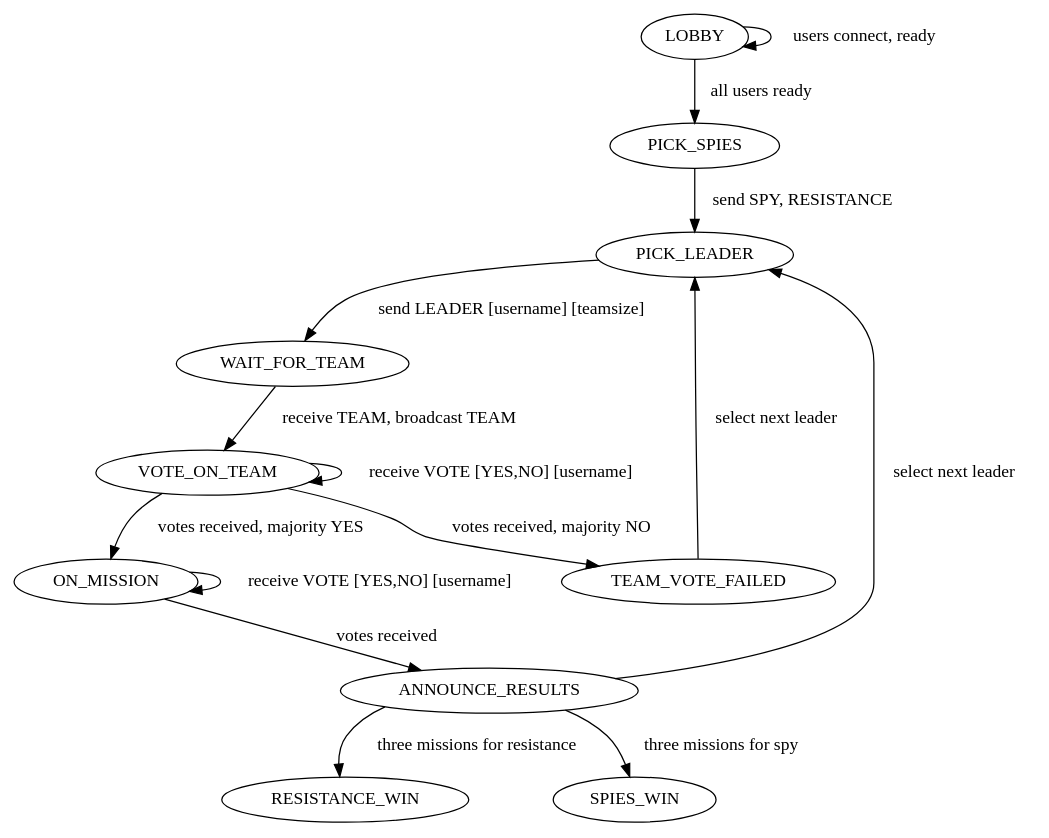
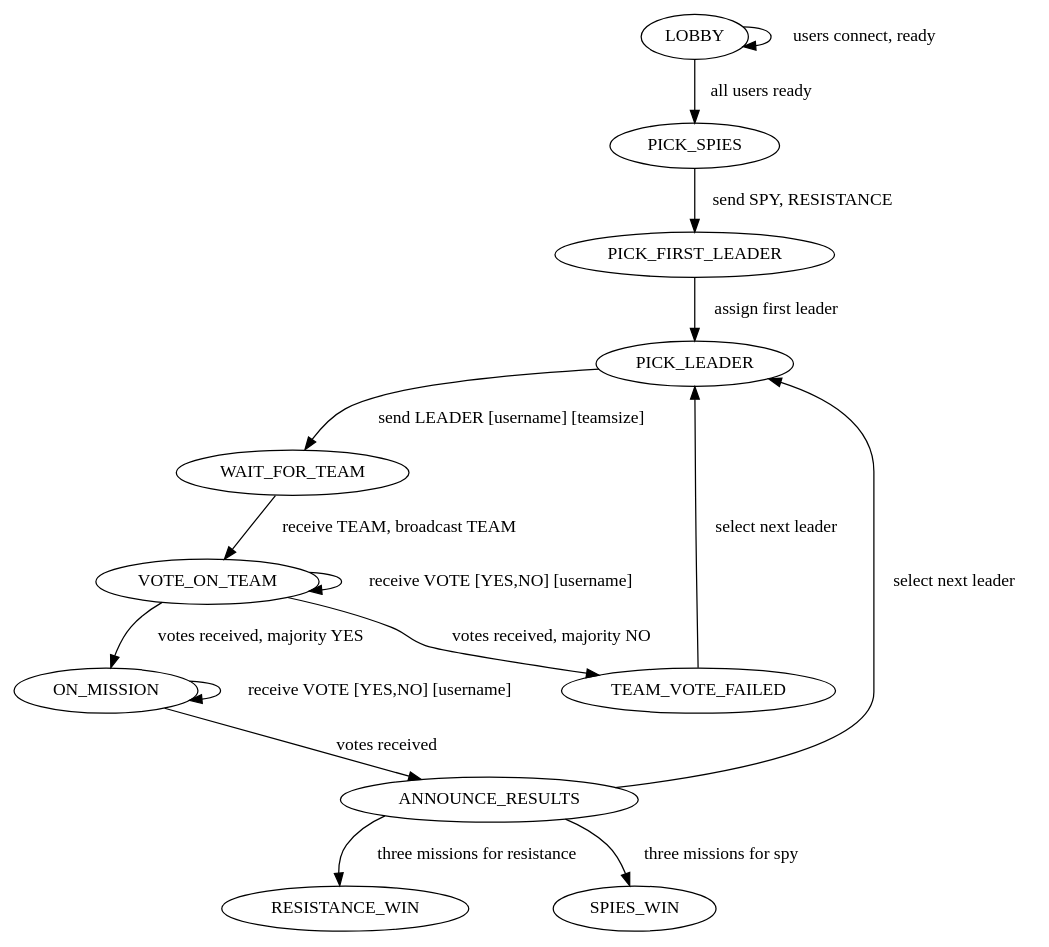
One commit to haldean/resistance changed the diagram in docs/server-state-machine.dot. Above: the diagram before and after it, drawn with Graphviz. The commit also changed 102 other files, not shown here.

```diff
--- a/docs/server-state-machine.dot
+++ b/docs/server-state-machine.dot
@@ -1,16 +1,17 @@
 digraph "server-state-machine" {
   LOBBY -> LOBBY [label="users connect, ready"];
   LOBBY -> PICK_SPIES [label="all users ready"];
-  PICK_SPIES -> PICK_LEADER [label="send SPY, RESISTANCE"];
+  PICK_SPIES -> PICK_FIRST_LEADER [label="send SPY, RESISTANCE"];
+  PICK_FIRST_LEADER -> PICK_LEADER [label="assign first leader"];
   PICK_LEADER -> WAIT_FOR_TEAM [label="send LEADER [username] [teamsize]"];
   WAIT_FOR_TEAM -> VOTE_ON_TEAM [label="receive TEAM, broadcast TEAM"];
   VOTE_ON_TEAM -> VOTE_ON_TEAM [label="receive VOTE [YES,NO] [username]"];
   VOTE_ON_TEAM -> TEAM_VOTE_FAILED [label="votes received, majority NO"];
   TEAM_VOTE_FAILED -> PICK_LEADER [label="select next leader"];
   VOTE_ON_TEAM -> ON_MISSION [label="votes received, majority YES"];
   ON_MISSION -> ON_MISSION [label="receive VOTE [YES,NO] [username]"];
   ON_MISSION -> ANNOUNCE_RESULTS [label="votes received"];
   ANNOUNCE_RESULTS -> PICK_LEADER [label="select next leader"];
   ANNOUNCE_RESULTS -> RESISTANCE_WIN [label="three missions for resistance"];
   ANNOUNCE_RESULTS -> SPIES_WIN [label="three missions for spy"];
 }
```
